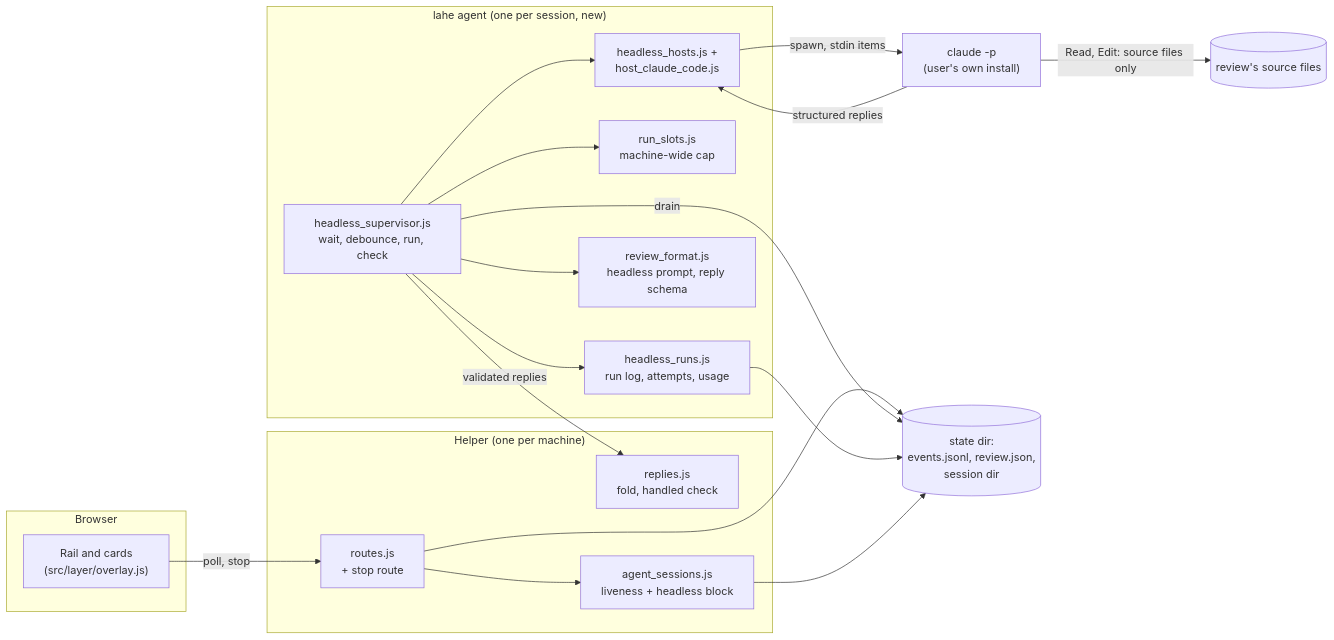
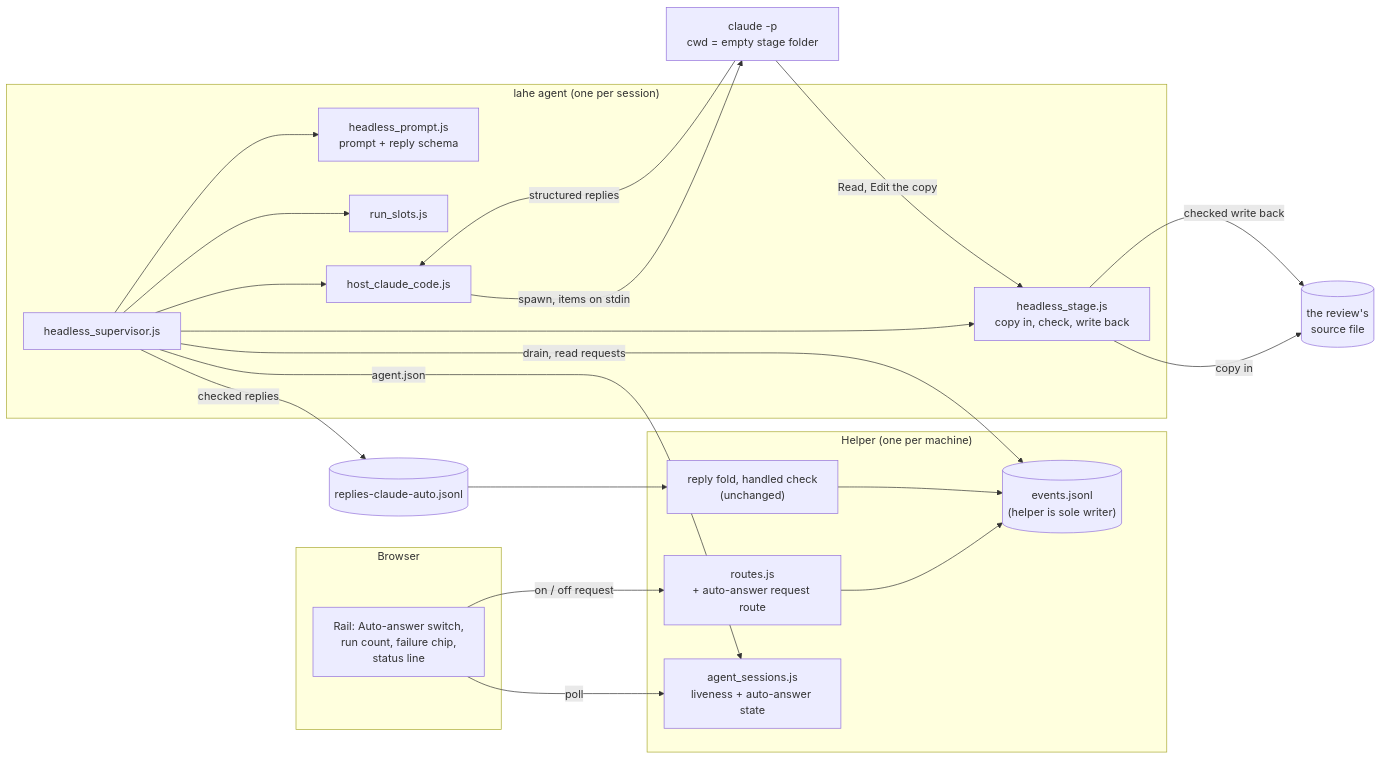
One commit to kenxle/live-agentic-html-editor changed the first of 6 diagrams in docs/features/20260929.01_lahe_agent_sdk/02_architecture_lahe_agent_sdk.md. Above: the diagram before and after it, drawn with Mermaid. The commit also changed other lines of this file and 1 other file, not shown here.

````diff
--- a/docs/features/20260929.01_lahe_agent_sdk/02_architecture_lahe_agent_sdk.md
+++ b/docs/features/20260929.01_lahe_agent_sdk/02_architecture_lahe_agent_sdk.md
@@ -30,35 +39,36 @@
 ```mermaid
 flowchart LR
   subgraph Browser
-    Rail["Rail and cards<br/>(src/layer/overlay.js)"]
+    Rail["Rail: Auto-answer switch,<br/>run count, failure chip,<br/>status line"]
   end
   subgraph "Helper (one per machine)"
-    Routes["routes.js<br/>+ stop route"]
-    Replies["replies.js<br/>fold, handled check"]
-    Liveness["agent_sessions.js<br/>liveness + headless block"]
+    Routes["routes.js<br/>+ auto-answer request route"]
+    Fold["reply fold, handled check<br/>(unchanged)"]
+    Live["agent_sessions.js<br/>liveness + auto-answer state"]
+    Log[("events.jsonl<br/>(helper is sole writer)")]
   end
-  subgraph "lahe agent (one per session, new)"
-    Sup["headless_supervisor.js<br/>wait, debounce, run, check"]
-    Runs["headless_runs.js<br/>run log, attempts, usage"]
-    Slots["run_slots.js<br/>machine-wide cap"]
-    Host["headless_hosts.js +<br/>host_claude_code.js"]
-    Prompt["review_format.js<br/>headless prompt, reply schema"]
+  subgraph "lahe agent (one per session)"
+    Sup["headless_supervisor.js"]
+    Stage["headless_stage.js<br/>copy in, check, write back"]
+    Prompt["headless_prompt.js<br/>prompt + reply schema"]
+    Slots["run_slots.js"]
+    Host["host_claude_code.js"]
   end
-  Claude["claude -p<br/>(user's own install)"]
-  Store[("state dir:<br/>events.jsonl, review.json,<br/>session dir")]
+  Claude["claude -p<br/>cwd = empty stage folder"]
+  Src[("the review's<br/>source file")]
+  RF[("replies-claude-auto.jsonl")]
 
-  Rail -->|"poll, stop"| Routes
-  Routes --> Liveness
-  Routes --> Store
-  Sup -->|drain| Store
+  Rail -->|"on / off request"| Routes --> Log
+  Rail -->|poll| Live
+  Sup -->|"drain, read requests"| Log
   Sup --> Slots
+  Sup --> Stage
+  Stage -->|"copy in"| Src
   Sup --> Prompt
-  Sup --> Host
-  Host -->|"spawn, stdin items"| Claude
-  Claude -->|"Read, Edit: source files only"| Src[("review's source files")]
+  Sup --> Host -->|"spawn, items on stdin"| Claude
+  Claude -->|"Read, Edit the copy"| Stage
   Claude -->|"structured replies"| Host
-  Sup -->|"validated replies"| Replies
-  Sup --> Runs
-  Runs --> Store
-  Liveness --> Store
+  Stage -->|"checked write back"| Src
+  Sup -->|"checked replies"| RF --> Fold --> Log
+  Sup -->|"agent.json"| Live
 ```
````
